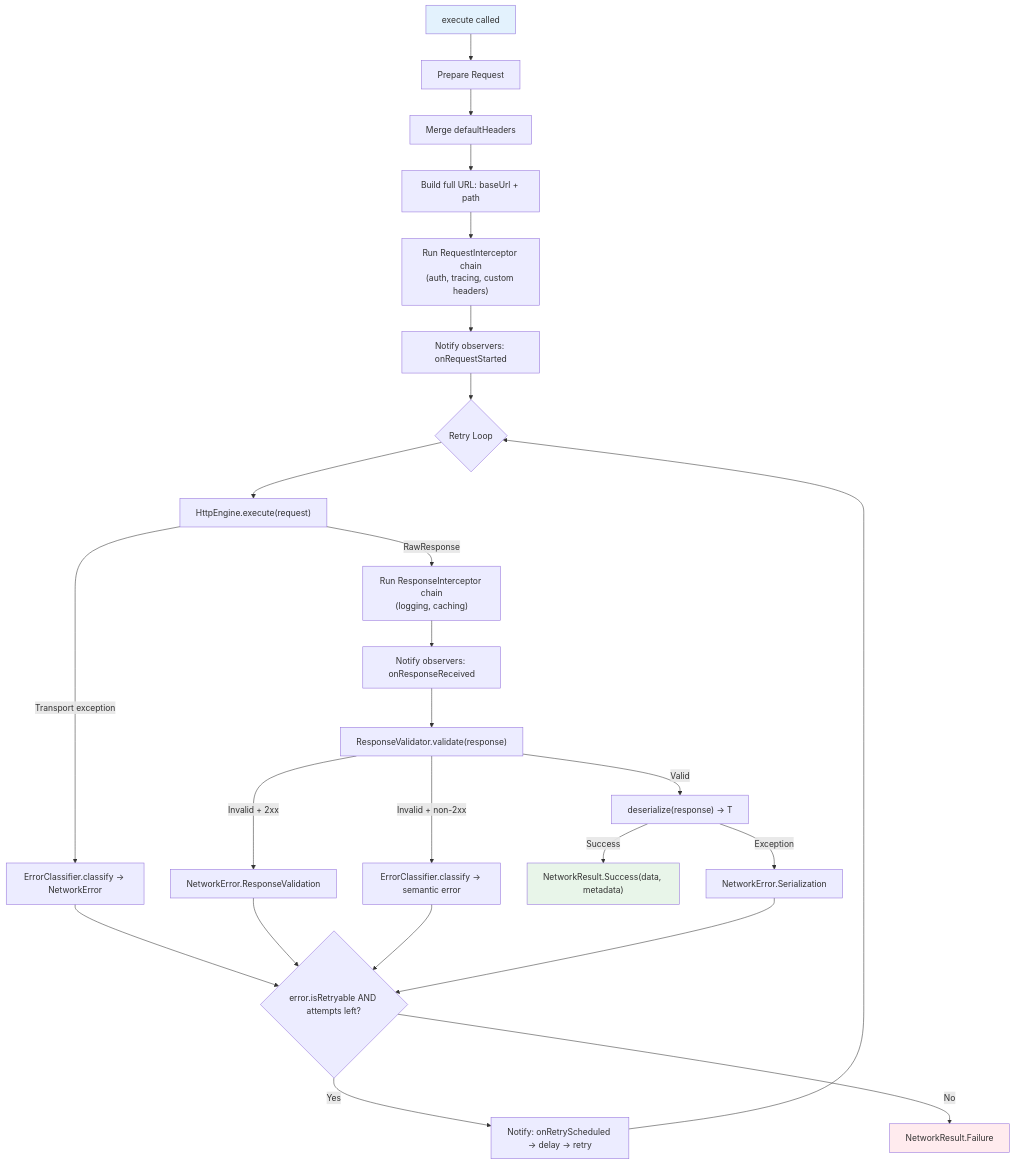
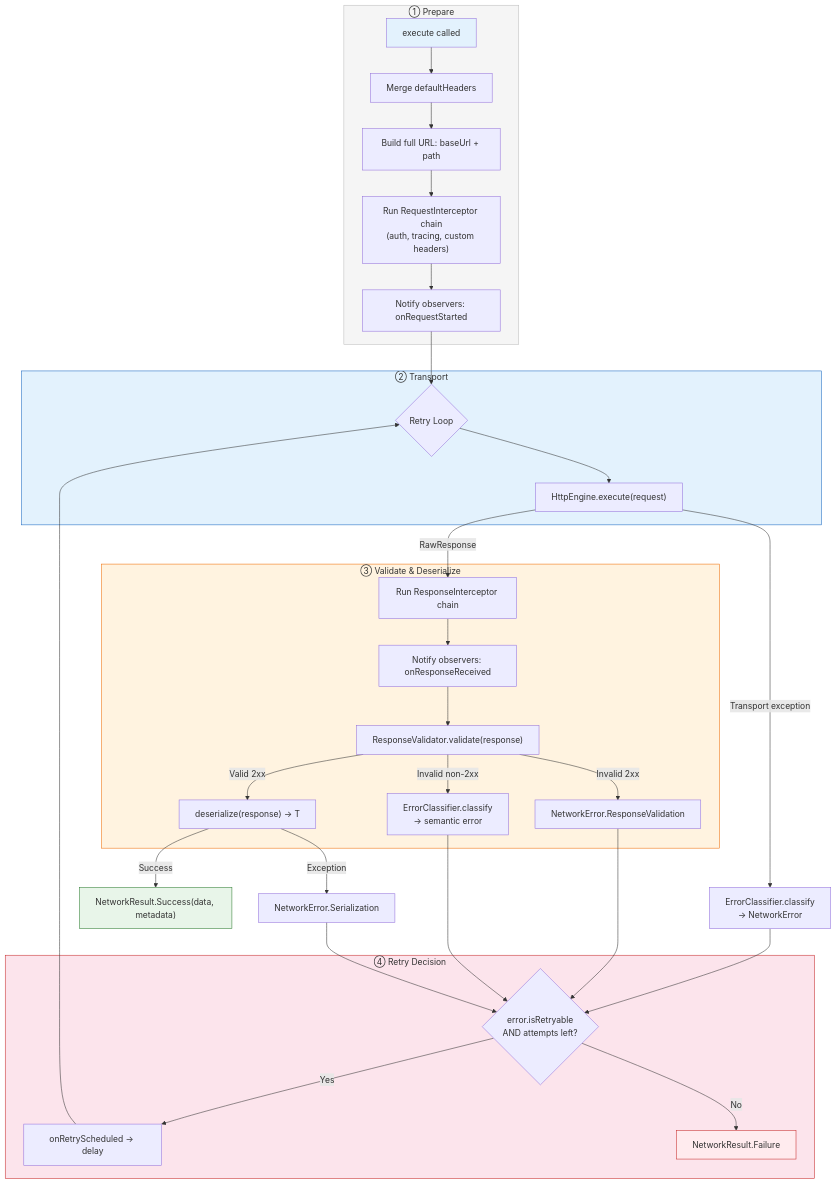
The diagram in network-core/README.md (DanCrRdz93/core-data-platform), drawn with Mermaid before and after one commit. The commit also changed 8 other files, not shown here.

Commit message:
update diagrams

````diff
--- a/network-core/README.md
+++ b/network-core/README.md
@@ -199,30 +199,49 @@
 ```mermaid
 flowchart TD
-    A[execute called] --> B[Prepare Request]
-    B --> B1[Merge defaultHeaders]
-    B1 --> B2[Build full URL: baseUrl + path]
-    B2 --> B3["Run RequestInterceptor chain<br/>(auth, tracing, custom headers)"]
-    B3 --> C[Notify observers: onRequestStarted]
+    subgraph Prepare["① Prepare"]
+        A[execute called] --> B1[Merge defaultHeaders]
+        B1 --> B2[Build full URL: baseUrl + path]
+        B2 --> B3["Run RequestInterceptor chain<br/>(auth, tracing, custom headers)"]
+        B3 --> C[Notify observers: onRequestStarted]
+    end
+
     C --> D{Retry Loop}
-    D --> E["HttpEngine.execute(request)"]
-    E -->|Transport exception| F[ErrorClassifier.classify → NetworkError]
-    E -->|RawResponse| G["Run ResponseInterceptor chain<br/>(logging, caching)"]
-    G --> H[Notify observers: onResponseReceived]
-    H --> I["ResponseValidator.validate(response)"]
-    I -->|Valid| J["deserialize(response) → T"]
-    I -->|Invalid + 2xx| K[NetworkError.ResponseValidation]
-    I -->|Invalid + non-2xx| L[ErrorClassifier.classify → semantic error]
+
+    subgraph Transport["② Transport"]
+        D --> E["HttpEngine.execute(request)"]
+    end
+
+    E -->|Transport exception| F[ErrorClassifier.classify<br/>→ NetworkError]
+    E -->|RawResponse| G["Run ResponseInterceptor chain"]
+
+    subgraph Validate["③ Validate & Deserialize"]
+        G --> H[Notify observers: onResponseReceived]
+        H --> I["ResponseValidator.validate(response)"]
+        I -->|Valid 2xx| J["deserialize(response) → T"]
+        I -->|Invalid 2xx| K[NetworkError.ResponseValidation]
+        I -->|Invalid non-2xx| L[ErrorClassifier.classify<br/>→ semantic error]
+    end
+
     J -->|Success| M["NetworkResult.Success(data, metadata)"]
     J -->|Exception| N[NetworkError.Serialization]
-    F --> O{error.isRetryable AND attempts left?}
+
+    subgraph Retry["④ Retry Decision"]
+        O{error.isRetryable<br/>AND attempts left?}
+        O -->|Yes| P[onRetryScheduled → delay]
+        O -->|No| Q[NetworkResult.Failure]
+    end
+
+    F --> O
     K --> O
     L --> O
     N --> O
-    O -->|Yes| P[Notify: onRetryScheduled → delay → retry]
     P --> D
-    O -->|No| Q[NetworkResult.Failure]
 
     style A fill:#e3f2fd
-    style M fill:#e8f5e9
-    style Q fill:#ffebee
+    style M fill:#e8f5e9,stroke:#2e7d32
+    style Q fill:#ffebee,stroke:#c62828
+    style Prepare fill:#f5f5f5,stroke:#bdbdbd
+    style Transport fill:#e3f2fd,stroke:#1565c0
+    style Validate fill:#fff3e0,stroke:#ef6c00
+    style Retry fill:#fce4ec,stroke:#c62828
 ```
````
